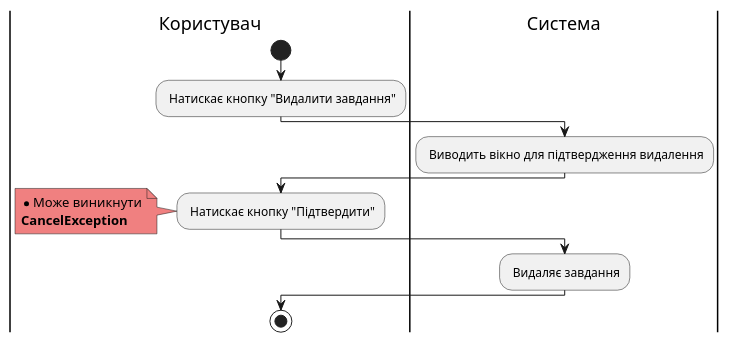
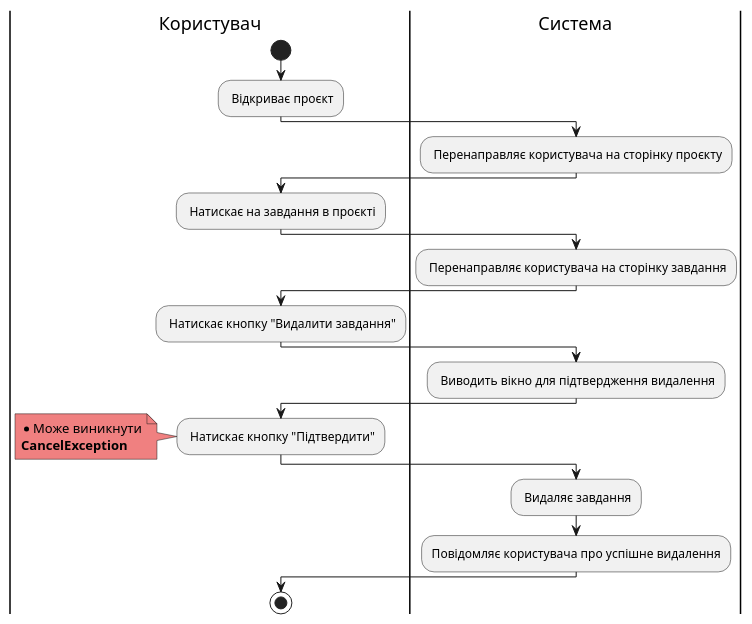
The fourth of 6 diagrams in docs/use cases/README.md (samoilenkomariia/db-coursework), drawn with PlantUML before and after one commit. The commit also changed other lines of this file, not shown here.

Commit message:
Update use cases diagrams

```diff
--- a/docs/use cases/README.md
+++ b/docs/use cases/README.md
@@ -260,23 +279,36 @@
 @startuml
 
     |Користувач|
     start;
+    : Відкриває проєкт;
+        
+    |Система|
+    : Перенаправляє користувача на сторінку проєкту;
+    
+    |Користувач|
+    : Натискає на завдання в проєкті;
+
+    |Система|
+    : Перенаправляє користувача на сторінку завдання;
+    
+    |Користувач|
     : Натискає кнопку "Видалити завдання";
 
     |Система|
     : Виводить вікно для підтвердження видалення;
 
     |Користувач|
     : Натискає кнопку "Підтвердити";
     
     note left #lightcoral
         * Може виникнути
         <b>CancelException</b>
     end note
     
     |Система|
     : Видаляє завдання;
-
+    :Повідомляє користувача про успішне видалення;
+    
     |Користувач|
         stop;
 @enduml
```
